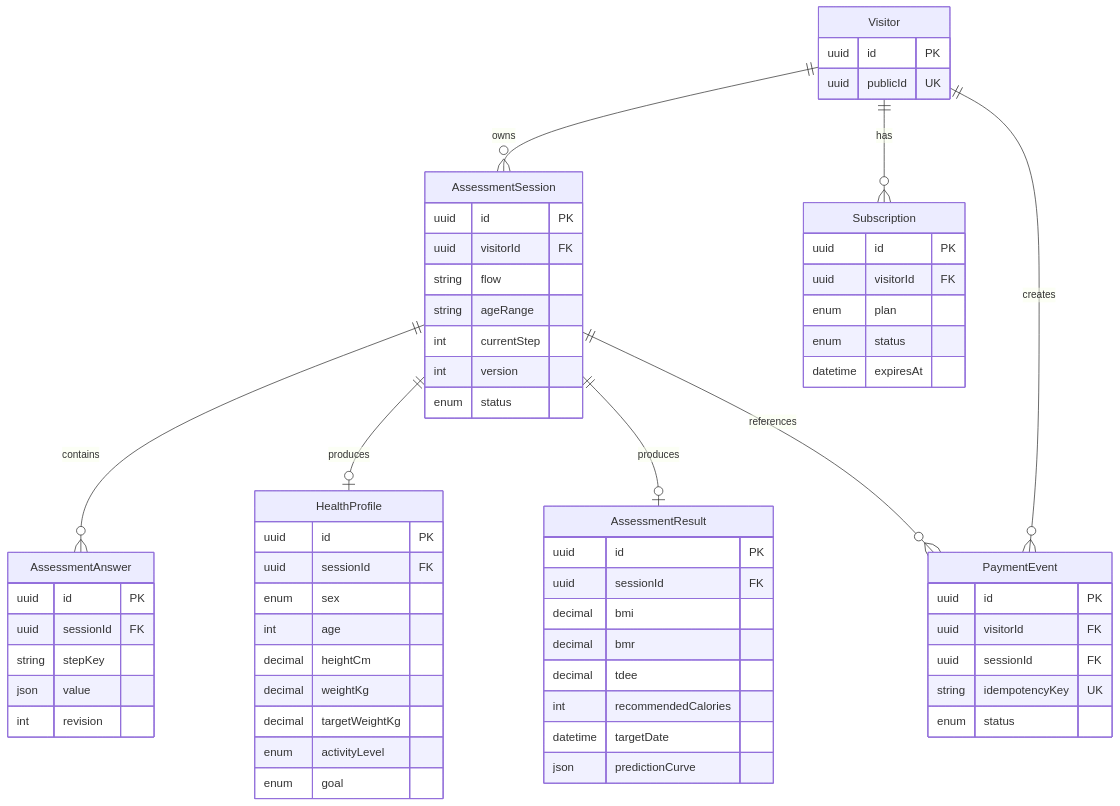
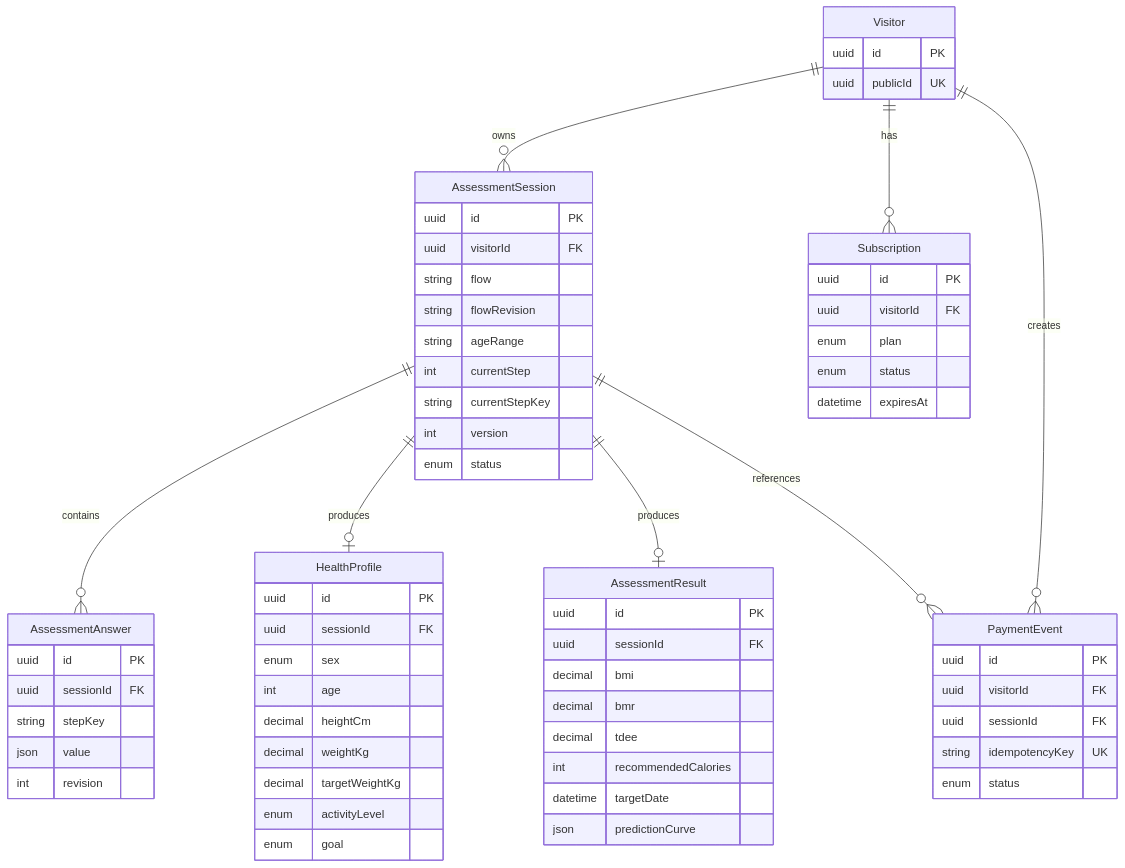
Before and after one commit to dreamer6680/betterme-pilates-replica: the diagram in README.md, drawn with Mermaid. The commit also changed other lines of this file, not shown here.

````diff
--- a/README.md
+++ b/README.md
@@ -118,66 +141,68 @@
 ```mermaid
 erDiagram
     Visitor ||--o{ AssessmentSession : owns
     Visitor ||--o{ Subscription : has
     Visitor ||--o{ PaymentEvent : creates
     AssessmentSession ||--o{ AssessmentAnswer : contains
     AssessmentSession ||--o| HealthProfile : produces
     AssessmentSession ||--o| AssessmentResult : produces
     AssessmentSession ||--o{ PaymentEvent : references
 
     Visitor {
       uuid id PK
       uuid publicId UK
     }
     AssessmentSession {
       uuid id PK
       uuid visitorId FK
       string flow
+      string flowRevision
       string ageRange
       int currentStep
+      string currentStepKey
       int version
       enum status
     }
     AssessmentAnswer {
       uuid id PK
       uuid sessionId FK
       string stepKey
       json value
       int revision
     }
     HealthProfile {
       uuid id PK
       uuid sessionId FK
       enum sex
       int age
       decimal heightCm
       decimal weightKg
       decimal targetWeightKg
       enum activityLevel
       enum goal
     }
     AssessmentResult {
       uuid id PK
       uuid sessionId FK
       decimal bmi
       decimal bmr
       decimal tdee
       int recommendedCalories
       datetime targetDate
       json predictionCurve
     }
     Subscription {
       uuid id PK
       uuid visitorId FK
       enum plan
       enum status
       datetime expiresAt
     }
     PaymentEvent {
       uuid id PK
       uuid visitorId FK
       uuid sessionId FK
       string idempotencyKey UK
       enum status
     }
 ```
````
